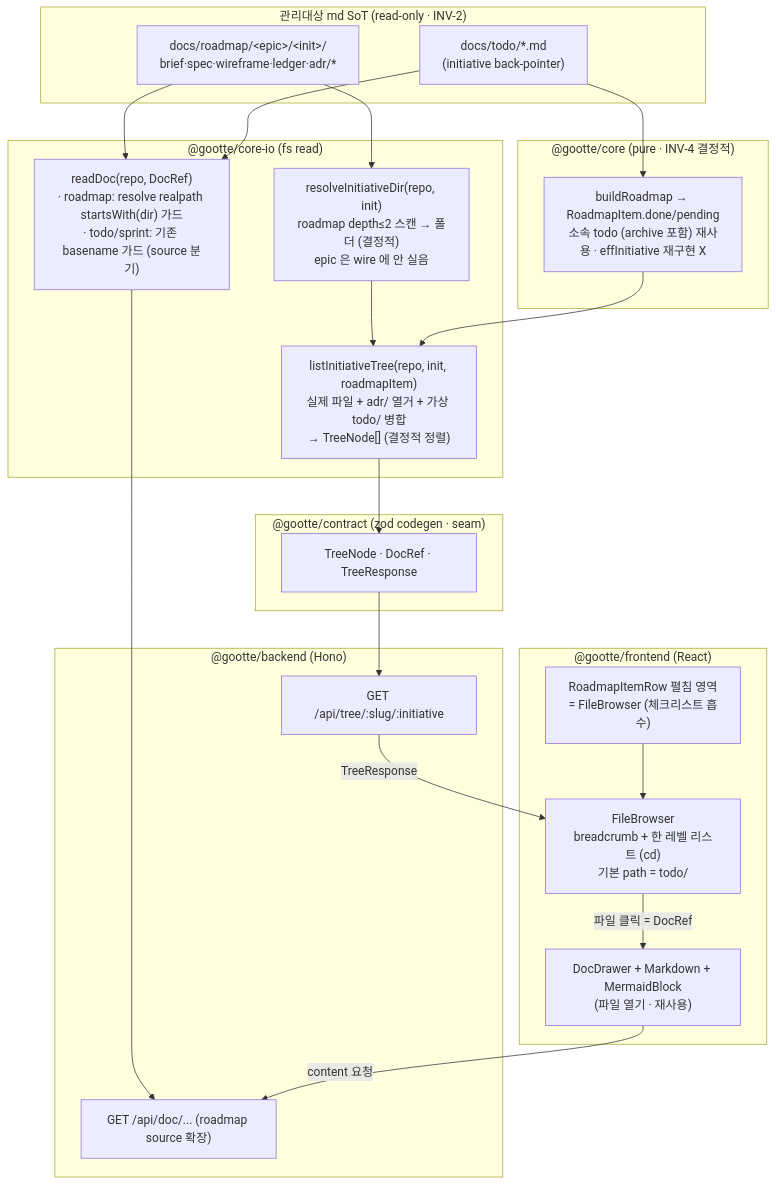
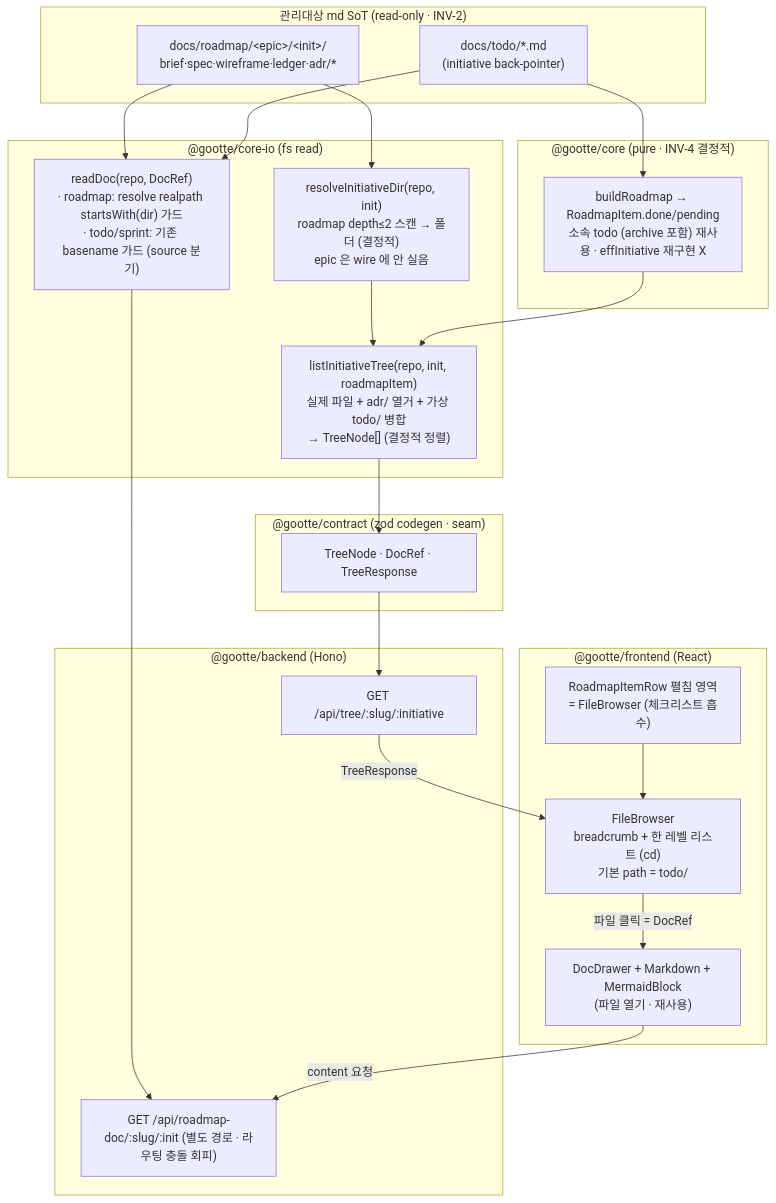
The diagram in docs/mermaid/M-0006-roadmap-doc-browser.md (pruge/gootte), drawn with Mermaid before and after one commit. The commit also changed 3 other files, not shown here.

````diff
--- a/docs/mermaid/M-0006-roadmap-doc-browser.md
+++ b/docs/mermaid/M-0006-roadmap-doc-browser.md
@@ -16,44 +16,44 @@
 ```mermaid
 flowchart TD
   subgraph SoT["관리대상 md SoT (read-only · INV-2)"]
     RF["docs/roadmap/&lt;epic&gt;/&lt;init&gt;/\nbrief·spec·wireframe·ledger·adr/*"]
     TD["docs/todo/*.md\n(initiative back-pointer)"]
   end
 
   subgraph CORE["@gootte/core (pure · INV-4 결정적)"]
     EI["buildRoadmap → RoadmapItem.done/pending\n소속 todo (archive 포함) 재사용 · effInitiative 재구현 X"]
   end
 
   subgraph IO["@gootte/core-io (fs read)"]
     RI["resolveInitiativeDir(repo, init)\nroadmap depth≤2 스캔 → 폴더 (결정적)\nepic 은 wire 에 안 실음"]
     LT["listInitiativeTree(repo, init, roadmapItem)\n실제 파일 + adr/ 열거 + 가상 todo/ 병합\n→ TreeNode[] (결정적 정렬)"]
     RD["readDoc(repo, DocRef)\n· roadmap: resolve realpath startsWith(dir) 가드\n· todo/sprint: 기존 basename 가드 (source 분기)"]
   end
 
   subgraph CONTRACT["@gootte/contract (zod codegen · seam)"]
     TN["TreeNode · DocRef · TreeResponse"]
   end
 
   subgraph BE["@gootte/backend (Hono)"]
     E1["GET /api/tree/:slug/:initiative"]
-    E2["GET /api/doc/... (roadmap source 확장)"]
+    E2["GET /api/roadmap-doc/:slug/:init (별도 경로 · 라우팅 충돌 회피)"]
   end
 
   subgraph FE["@gootte/frontend (React)"]
     RIR["RoadmapItemRow 펼침 영역\n= FileBrowser (체크리스트 흡수)"]
     FB["FileBrowser\nbreadcrumb + 한 레벨 리스트 (cd)\n기본 path = todo/"]
     DD["DocDrawer + Markdown + MermaidBlock\n(파일 열기 · 재사용)"]
   end
 
   RF --> RI --> LT
   TD --> EI --> LT
   LT --> TN
   RF --> RD
   TD --> RD
   TN --> E1
   RD --> E2
   E1 -->|TreeResponse| FB
   RIR --> FB
   FB -->|파일 클릭 = DocRef| DD
   DD -->|content 요청| E2
 ```
````
